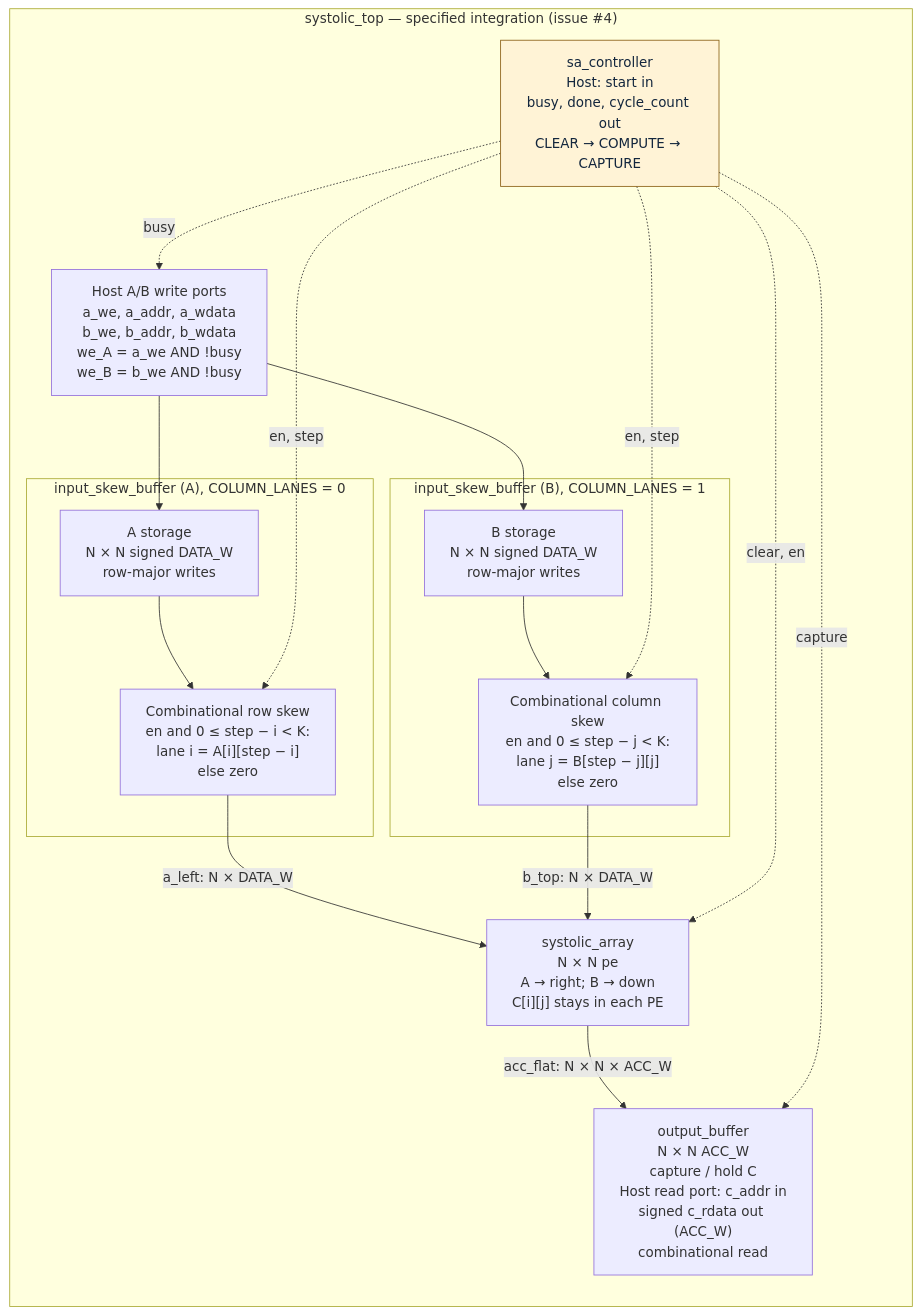
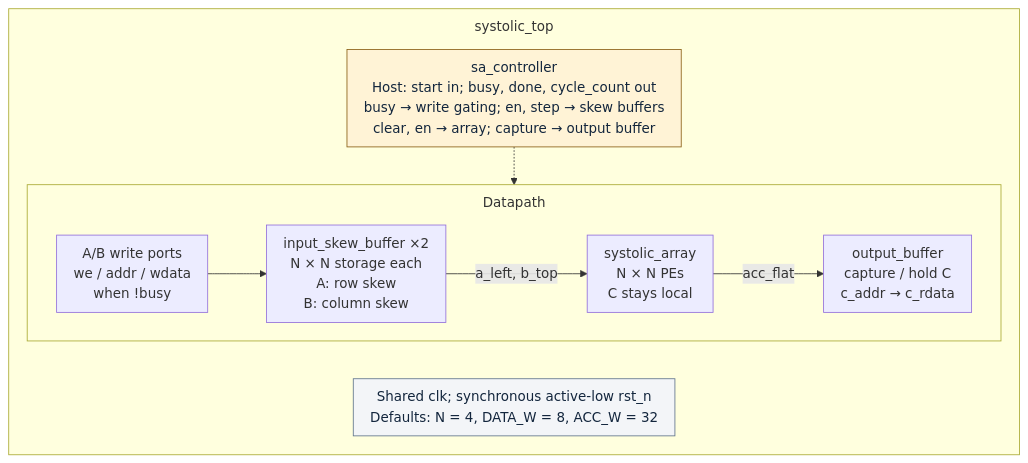
Before and after one commit to vks-g/systolic-matmul-accelerator: the diagram in docs/architecture/src/system.mmd, drawn with Mermaid. The commit also changed 3 other files, not shown here.

Commit message:
docs(report): make system diagram readable at two-column width

```diff
--- a/docs/architecture/src/system.mmd
+++ b/docs/architecture/src/system.mmd
@@ -1,32 +1,37 @@
-flowchart LR
+---
+config:
+  themeCSS: ".edgeLabel .label { transform: translateY(-30px); }"
+  flowchart:
+    nodeSpacing: 24
+    rankSpacing: 20
+    padding: 10
+    wrappingWidth: 600
+    subGraphTitleMargin:
+      top: 10
+      bottom: 16
+---
+flowchart TB
   accTitle: System architecture — output-stationary matrix multiplication
-  accDescr: Host write ports load two input_skew_buffer instances while not busy. Each buffer combines matrix storage with combinational lane skew. A moves right and B down through the array. The controller clears, computes, and captures all accumulators into the output buffer, which serves the host read port.
+  accDescr: The systolic_top host write ports load two input_skew_buffer instances only while busy is low. A storage and row skew and B storage and column skew feed the N by N systolic_array. Each PE retains its result. The output_buffer captures all accumulators and serves the host read port. Above the datapath, sa_controller accepts start, returns busy, done and cycle_count, and drives the listed control signals.
 
-  subgraph top["systolic_top — specified integration (issue #4)"]
-    gate["Host A/B write ports<br/>a_we, a_addr, a_wdata<br/>b_we, b_addr, b_wdata<br/>we_A = a_we AND !busy<br/>we_B = b_we AND !busy"]
-    subgraph abuf["input_skew_buffer (A), COLUMN_LANES = 0"]
-      amem["A storage<br/>N × N signed DATA_W<br/>row-major writes"]
-      askew["Combinational row skew<br/>en and 0 ≤ step − i < K:<br/>lane i = A[i][step − i]<br/>else zero"]
-      amem --> askew
+  subgraph top["systolic_top"]
+    direction TB
+    ctrl["sa_controller<br/>Host: start in; busy, done, cycle_count out<br/>busy → write gating; en, step → skew buffers<br/>clear, en → array; capture → output buffer"]
+    subgraph datapath["Datapath"]
+      direction LR
+      wr["A/B write ports<br/>we / addr / wdata<br/>when !busy"]
+      buffers["input_skew_buffer ×2<br/>N × N storage each<br/>A: row skew<br/>B: column skew"]
+      arr["systolic_array<br/>N × N PEs<br/>C stays local"]
+      obuf["output_buffer<br/>capture / hold C<br/>c_addr → c_rdata"]
+      wr --> buffers
+      buffers -->|"a_left, b_top"| arr
+      arr -->|"acc_flat"| obuf
     end
-    subgraph bbuf["input_skew_buffer (B), COLUMN_LANES = 1"]
-      bmem["B storage<br/>N × N signed DATA_W<br/>row-major writes"]
-      bskew["Combinational column skew<br/>en and 0 ≤ step − j < K:<br/>lane j = B[step − j][j]<br/>else zero"]
-      bmem --> bskew
-    end
-    arr["systolic_array<br/>N × N pe<br/>A → right; B → down<br/>C[i][j] stays in each PE"]
-    obuf["output_buffer<br/>N × N ACC_W<br/>capture / hold C<br/>Host read port: c_addr in<br/>signed c_rdata out (ACC_W)<br/>combinational read"]
-    ctrl["sa_controller<br/>Host: start in<br/>busy, done, cycle_count out<br/>CLEAR → COMPUTE → CAPTURE"]
-    gate --> amem
-    gate --> bmem
-    askew -->|"a_left: N × DATA_W"| arr
-    bskew -->|"b_top: N × DATA_W"| arr
-    arr -->|"acc_flat: N × N × ACC_W"| obuf
-    ctrl -. "en, step" .-> askew
-    ctrl -. "en, step" .-> bskew
-    ctrl -. "clear, en" .-> arr
-    ctrl -. "capture" .-> obuf
-    ctrl -. "busy" .-> gate
+    ctrl -.-> datapath
+    shared["Shared clk; synchronous active-low rst_n<br/>Defaults: N = 4, DATA_W = 8, ACC_W = 32"]
+    datapath ~~~ shared
   end
   classDef control fill:#fff3d6,stroke:#8b6016,color:#13263d
+  classDef note fill:#f3f5f8,stroke:#60758b,color:#13263d
   class ctrl control
+  class shared note
```
